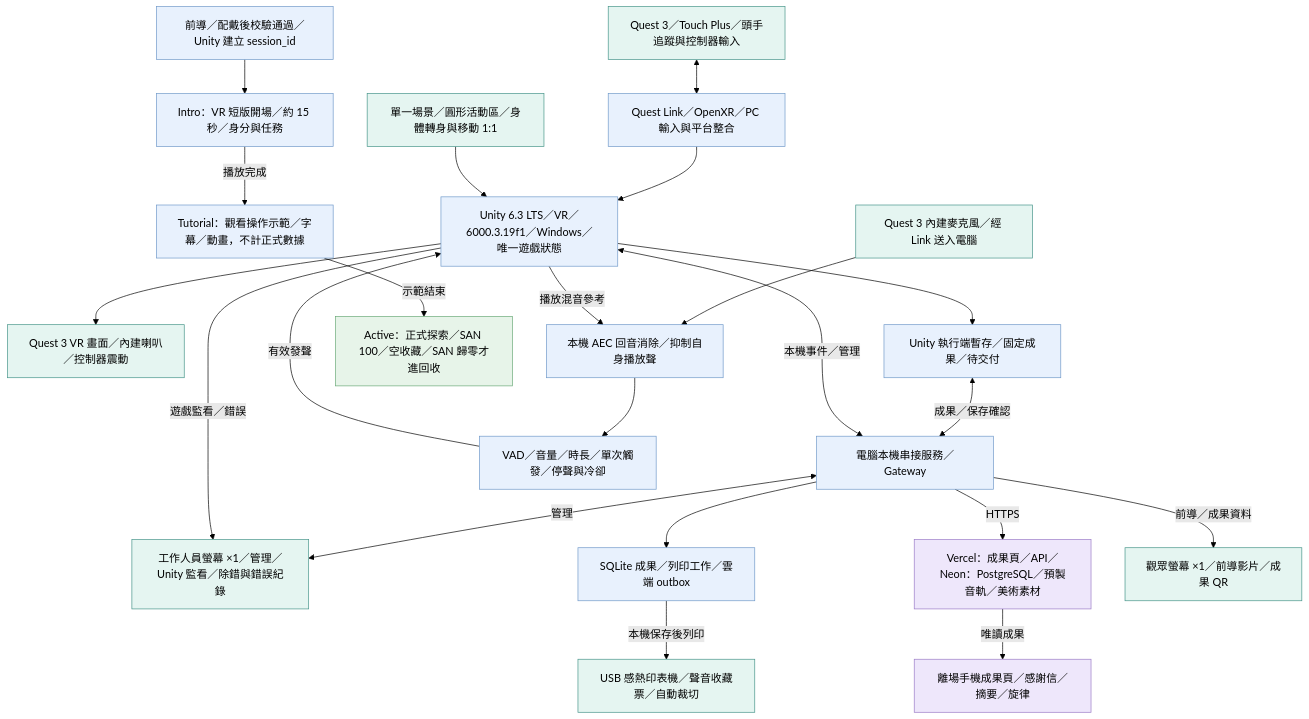
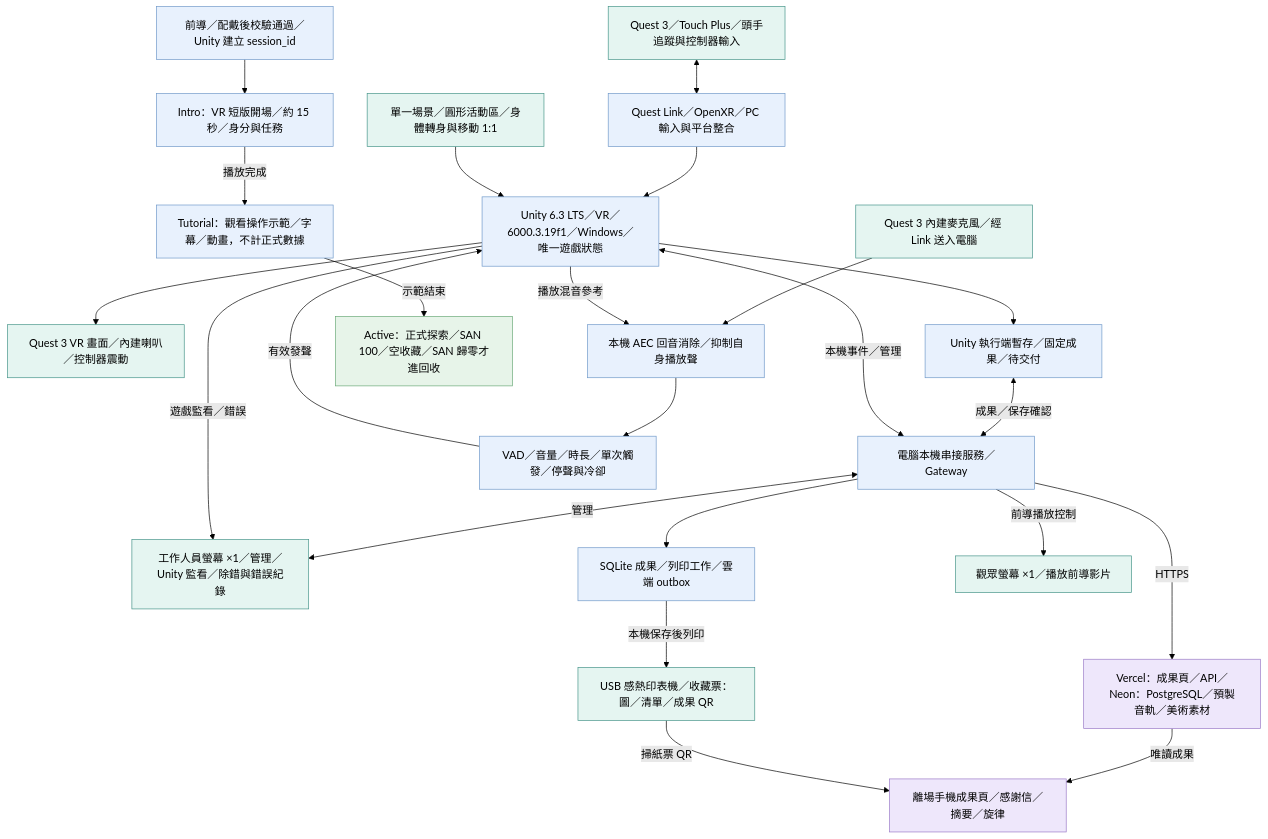
Before and after one commit to fengyenchia/dctProject: the diagram in docs/docs_vr/assets/技術流程圖/01.mmd, drawn with Mermaid (forest theme). The commit also changed 91 other files, not shown here.

```diff
--- a/docs/docs_vr/assets/技術流程圖/01.mmd
+++ b/docs/docs_vr/assets/技術流程圖/01.mmd
@@ -1,62 +1,63 @@
 flowchart TD
   quest["Quest 3／Touch Plus／頭手追蹤與控制器輸入"]
   xr["Quest Link／OpenXR／PC 輸入與平台整合"]
   room["單一場景／圓形活動區／身體轉身與移動 1:1"]
   mic["Quest 3 內建麥克風／經 Link 送入電腦"]
   unity["Unity 6.3 LTS／VR／6000.3.19f1／Windows／唯一遊戲狀態"]
   output["Quest 3 VR 畫面／內建喇叭／控制器震動"]
   localPending["Unity 執行端暫存／固定成果／待交付"]
   gateway["電腦本機串接服務／Gateway"]
   admin["工作人員螢幕 ×1／管理／Unity 監看／除錯與錯誤紀錄"]
   sqlite["SQLite 成果／列印工作／雲端 outbox"]
   cloud["Vercel：成果頁／API／Neon：PostgreSQL／預製音軌／美術素材"]
   phone["離場手機成果頁／感謝信／摘要／旋律"]
   aec["本機 AEC 回音消除／抑制自身播放聲"]
   voiceGate["VAD／音量／時長／單次觸發／停聲與冷卻"]
-  ticketPrinter["USB 感熱印表機／聲音收藏票／自動裁切"]
-  visitorDisplay["觀眾螢幕 ×1／前導影片／成果 QR"]
+  ticketPrinter["USB 感熱印表機／收藏票：圖／清單／成果 QR"]
+  visitorDisplay["觀眾螢幕 ×1／播放前導影片"]
   sessionEntry["前導／配戴後校驗通過／Unity 建立 session_id"]
   vrIntro["Intro：VR 短版開場／約 15 秒／身分與任務"]
   vrTutorial["Tutorial：觀看操作示範／字幕／動畫，不計正式數據"]
   exploreActive["Active：正式探索／SAN 100／空收藏／SAN 歸零才進回收"]
   quest <--> xr
   xr --> unity
   room --> unity
   unity --> output
   unity --> localPending
   localPending <-->|"成果／保存確認"| gateway
   unity <-->|"本機事件／管理"| gateway
   gateway <-->|"管理"| admin
   gateway --> sqlite
   gateway -->|"HTTPS"| cloud
   cloud -->|"唯讀成果"| phone
   mic --> aec
   aec --> voiceGate
   unity -->|"播放混音參考"| aec
   voiceGate -->|"有效發聲"| unity
   sqlite -->|"本機保存後列印"| ticketPrinter
-  gateway -->|"前導／成果資料"| visitorDisplay
+  gateway -->|"前導播放控制"| visitorDisplay
   unity -->|"遊戲監看／錯誤"| admin
   sessionEntry --> vrIntro
   vrIntro -->|"播放完成"| vrTutorial
   vrTutorial -->|"示範結束"| exploreActive
+  ticketPrinter -->|"掃紙票 QR"| phone
   style quest fill:#e5f5f1,stroke:#459489
   style xr fill:#e8f1fd,stroke:#7099c9
   style room fill:#e5f5f1,stroke:#459489
   style mic fill:#e5f5f1,stroke:#459489
   style unity fill:#e8f1fd,stroke:#7099c9
   style output fill:#e5f5f1,stroke:#459489
   style localPending fill:#e8f1fd,stroke:#7099c9
   style gateway fill:#e8f1fd,stroke:#7099c9
   style admin fill:#e5f5f1,stroke:#459489
   style sqlite fill:#e8f1fd,stroke:#7099c9
   style cloud fill:#eee7fb,stroke:#9a7ac7
   style phone fill:#eee7fb,stroke:#9a7ac7
   style aec fill:#e8f1fd,stroke:#7099c9
   style voiceGate fill:#e8f1fd,stroke:#7099c9
   style ticketPrinter fill:#e5f5f1,stroke:#459489
   style visitorDisplay fill:#e5f5f1,stroke:#459489
   style sessionEntry fill:#e8f1fd,stroke:#7099c9
   style vrIntro fill:#e8f1fd,stroke:#7099c9
   style vrTutorial fill:#e8f1fd,stroke:#7099c9
   style exploreActive fill:#e7f4e9,stroke:#69a977
```
